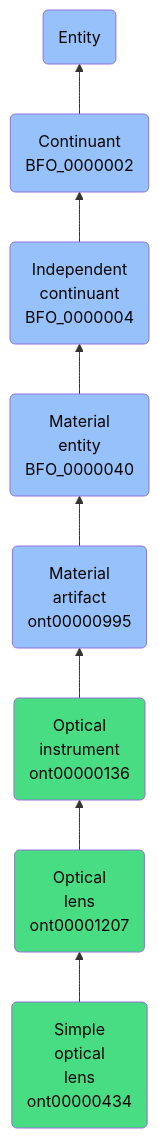
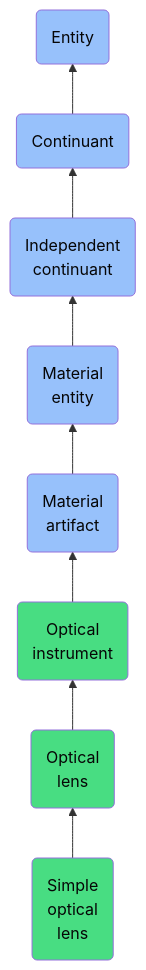
The diagram in docs/ontology/reference/model/Entity/Continuant/Independent continuant/Material entity/Material artifact/Optical instrument/Optical lens/Simple optical lens/Simple optical lens.md (jupyter-naas/abi), drawn with Mermaid before and after one commit. The commit also changed other lines of this file and 1430 other files, not shown here.

````diff
--- a/docs/ontology/reference/model/Entity/Continuant/Independent continuant/Material entity/Material artifact/Optical instrument/Optical lens/Simple optical lens/Simple optical lens.md
+++ b/docs/ontology/reference/model/Entity/Continuant/Independent continuant/Material entity/Material artifact/Optical instrument/Optical lens/Simple optical lens/Simple optical lens.md
@@ -24,15 +24,15 @@
 ```mermaid
 graph BT
-    ont00000434(Simple<br>optical<br>lens<br>ont00000434):::ABI-->ont00001207
-    ont00001207(Optical<br>lens<br>ont00001207):::ABI-->ont00000136
-    ont00000136(Optical<br>instrument<br>ont00000136):::ABI-->ont00000995
-    ont00000995(Material<br>artifact<br>ont00000995):::BFO-->BFO_0000040
-    BFO_0000040(Material<br>entity<br>BFO_0000040):::BFO-->BFO_0000004
-    BFO_0000004(Independent<br>continuant<br>BFO_0000004):::BFO-->BFO_0000002
-    BFO_0000002(Continuant<br>BFO_0000002):::BFO-->BFO_0000001
+    ont00000434(Simple<br>optical<br>lens):::ABI-->ont00001207
+    ont00001207(Optical<br>lens):::ABI-->ont00000136
+    ont00000136(Optical<br>instrument):::ABI-->ont00000995
+    ont00000995(Material<br>artifact):::BFO-->BFO_0000040
+    BFO_0000040(Material<br>entity):::BFO-->BFO_0000004
+    BFO_0000004(Independent<br>continuant):::BFO-->BFO_0000002
+    BFO_0000002(Continuant):::BFO-->BFO_0000001
     BFO_0000001(Entity):::BFO
     
     classDef BFO fill:#97c1fb,color:#060606
     classDef CCO fill:#e4c51e,color:#060606
     classDef ABI fill:#48DD82,color:#060606
 ```
````
